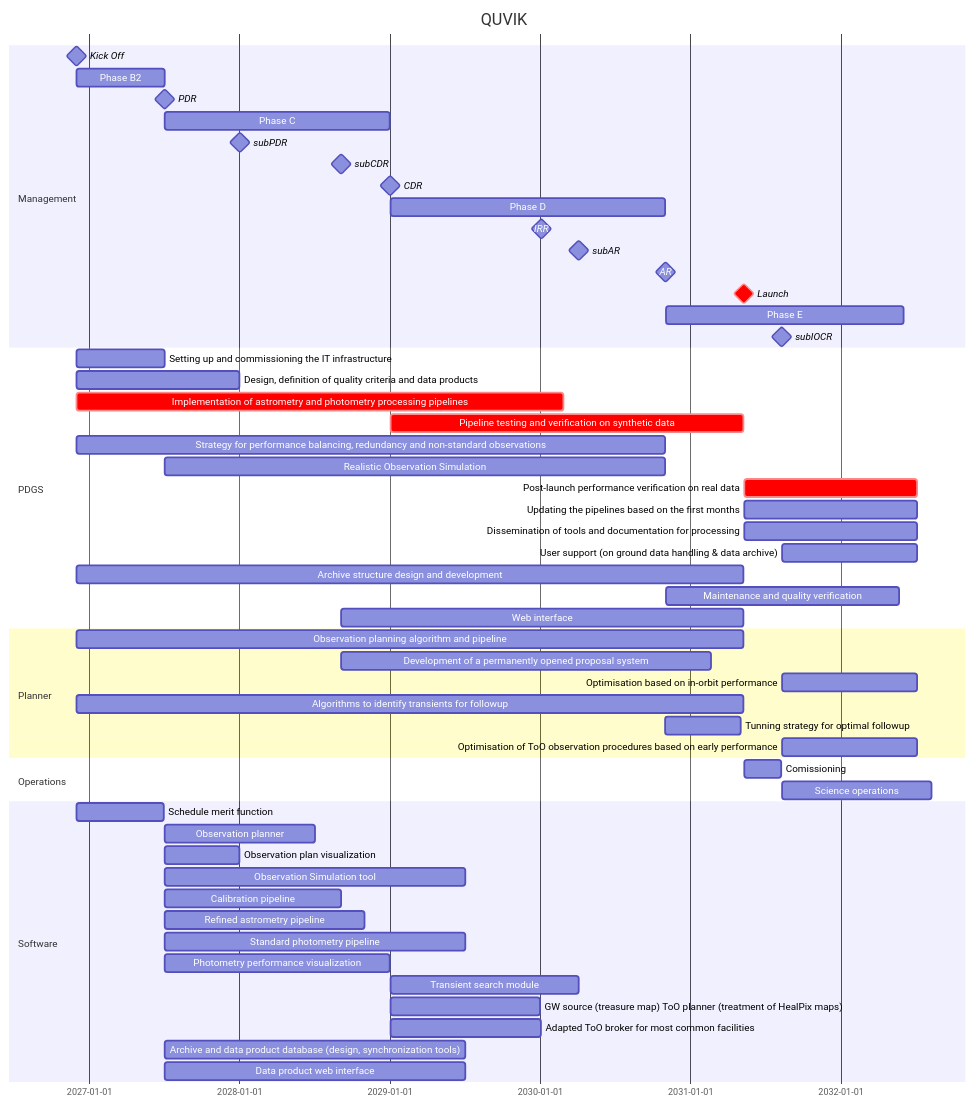
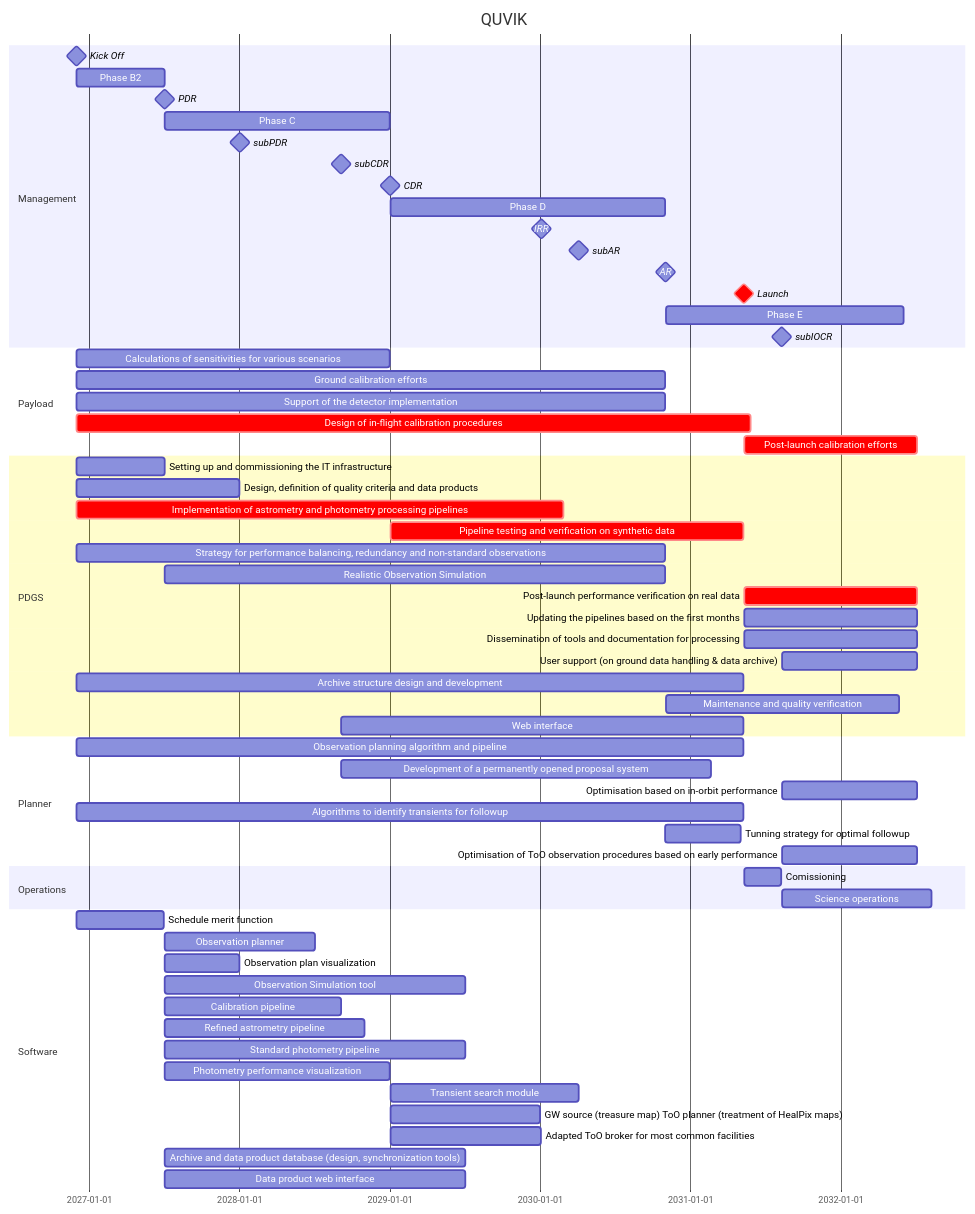
One commit to limu007/quvik changed the diagram in calib/SOC.md. Above: the diagram before and after it, drawn with Mermaid.

Commit message:
Add Payload section with calibration details
Added a new section on Payload detailing various calibration efforts and procedures.

````diff
--- a/calib/SOC.md
+++ b/calib/SOC.md
@@ -1,63 +1,69 @@
 ```mermaid
 gantt
     title QUVIK
     dateFormat  YYYY-MM-DD
     section Management
     Kick Off : milestone, m1, 2026-12-01, 1d
     Phase B2 : b2, after m1, 213d
     PDR : milestone, pdr, after b2, 1d
     Phase C : c1, after pdr, 547d
     subPDR :  milestone, sp1, after des, 1d
     subCDR :  milestone, sc1, after SD-5, 1d
     CDR : milestone, cdr, after c1, 1d
     Phase D : d1, after cdr, 668d
     IRR : milestone, irr, after SD-11, 1d
     subAR: milestone, sar, after SD-9, 1d
     AR : milestone, ar, after d1, 1d
     Launch : crit, milestone, frr, after fol, 1d
     Phase E : e1, after ar, 578d
     subIOCR : milestone, iocr, after e2, 1d
 
+    section Payload
+    Calculations of sensitivities for various scenarios :  after m1 , until cdr
+    Ground calibration efforts :  after m1 , until ar
+    Support of the detector implementation :  after m1 , until ar 
+    Design of in-flight calibration procedures : crit, dcal, after m1 , 234w
+    Post-launch calibration efforts : crit, after frr , 420d
 
     section PDGS
     Setting up and commissioning the IT infrastructure : after m1, until pdr
     Design, definition of quality criteria and data products : 	des, after m1	, 396d
     Implementation of astrometry and photometry processing pipelines :crit, imp, after m1 , 169w
     Pipeline testing and verification on synthetic data :crit,  pp, after cdr, until frr
     Strategy for performance balancing, redundancy and non-standard observations :  after m1 , until ar
     Realistic Observation Simulation :  after pdr , until ar
     Post-launch performance verification on real data :crit,   after frr , 420d
     Updating the pipelines based on the first months :  after frr , 420d
     Dissemination of tools and documentation for processing :  after frr , 420d
      User support (on ground data handling & data archive) :  after iocr , 330d
      Archive structure design and development :  after m1 , until frr
      Maintenance and quality verification :  after ar , 81w
      Web interface :  after sc1 , until frr
 
     section Planner
     Observation planning algorithm and pipeline :  after m1 , 1620d
     Development of a permanently opened proposal system : after sc1 , 900d
     Optimisation based on in-orbit performance :  after iocr , 330d
     Algorithms to identify transients for followup : fol, after m1 , 1620d
     Tunning strategy for optimal followup  :  after d1 , 183d
     Optimisation of ToO observation procedures based on early performance :  after iocr , 330d
 
     section Operations
     Comissioning : e2, after frr, 13w
     Science operations : e3, after iocr, 52w
 
     section Software
         Schedule merit function: SD-2, after m1, 212d
         Observation planner: SD-2, after pdr, 364d
         Observation plan visualization: SD-3, after pdr, 182d
         Observation Simulation tool: SD-4, after pdr, 729d
         Calibration pipeline: SD-5, after pdr, 427d
         Refined astrometry pipeline: SD-6, after pdr, 486d
         Standard photometry pipeline: SD-7, after pdr, 729d
         Photometry performance visualization: SD-8, after pdr, 547d
         Transient search module: SD-9, after cdr, 457d
         GW source (treasure map) ToO planner (treatment of HealPix maps): SD-10, after cdr, 364d
         Adapted ToO broker for most common facilities: SD-11, after cdr, 366d
         Archive and data product database (design, synchronization tools): SD-12, after pdr, 729d
         Data product web interface: SD-13, after pdr, 729d
 ```
````
